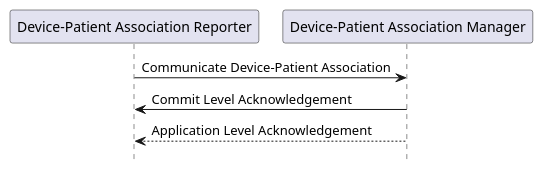
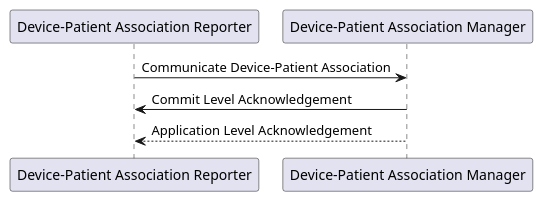
One commit to IHE/DEV.PCIM changed the first of 3 diagrams in CPs/IHE_DEV_Suppl_PCIM_Foundational CP applied.adoc. Above: the diagram before and after it, drawn with PlantUML. The commit also changed other lines of this file and 1 other file, not shown here.

```diff
--- a/CPs/IHE_DEV_Suppl_PCIM_Foundational CP applied.adoc
+++ b/CPs/IHE_DEV_Suppl_PCIM_Foundational CP applied.adoc
@@ -529,11 +529,11 @@
 [plantuml, asciidoc-plant-uml-reporter-manager-interaction-diagram, svg]
 ....
 @startuml
-hide footbox
+
 participant "Device-Patient Association Reporter" as reporter  
 participant "Device-Patient Association Manager"  as manager
 reporter -> manager : Communicate Device-Patient Association
 manager -> reporter : Commit Level Acknowledgement
 manager --> reporter : Application Level Acknowledgement
 @enduml
 ....
```
